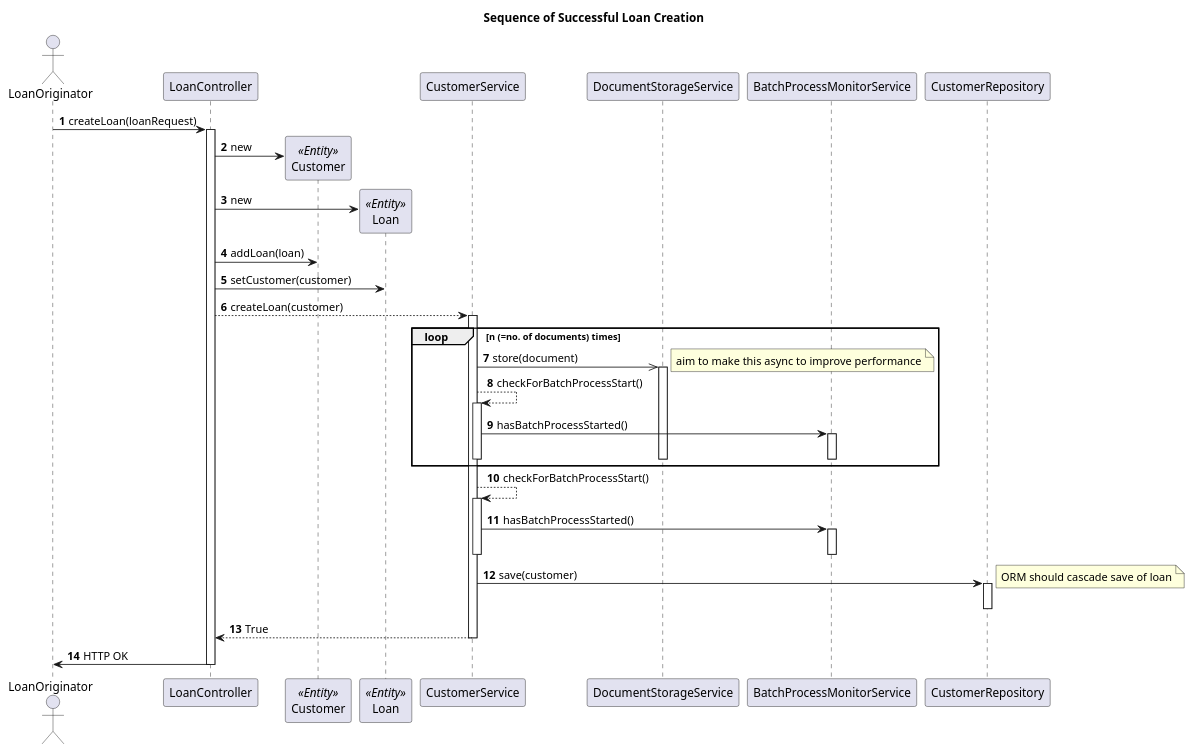
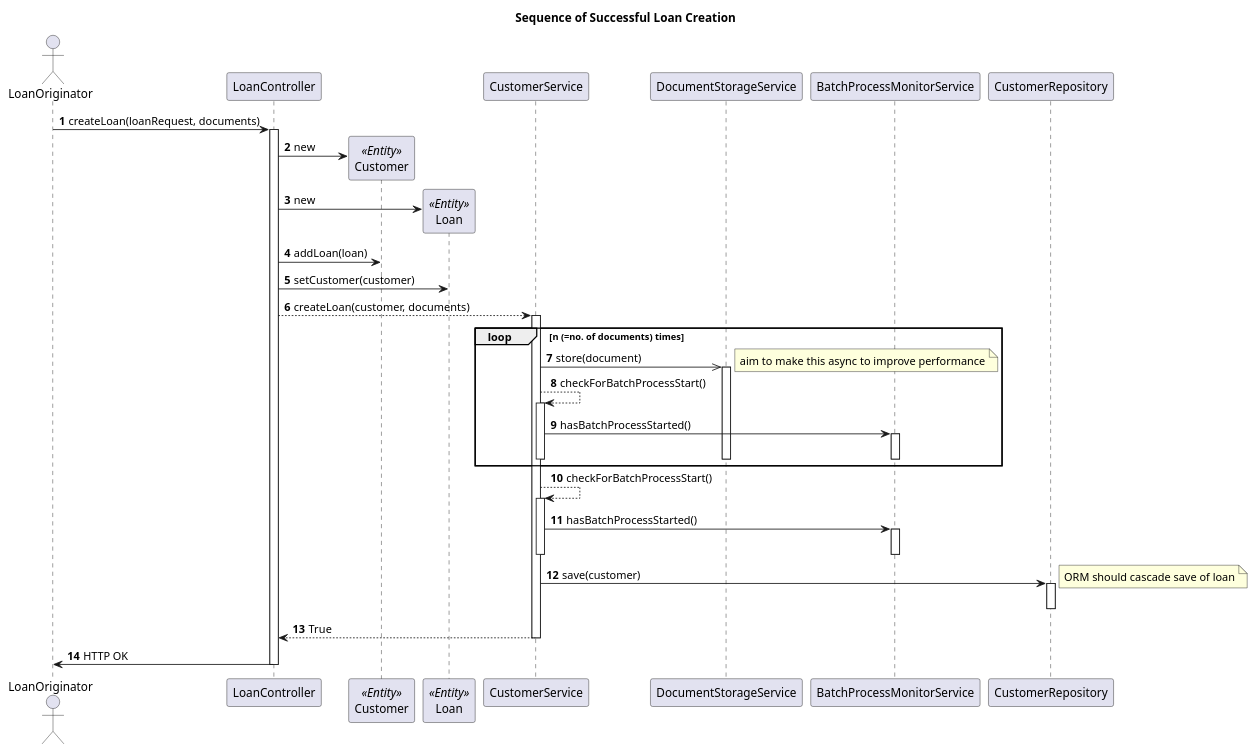
The diagram in Loan Creation Sequence.puml (ronanoconnell/stand-a-loan), drawn with PlantUML before and after one commit. The commit also changed 11 other files, not shown here.

Commit message:
Loan Creation -> uploading supporting documents too

```diff
--- a/Loan Creation Sequence.puml
+++ b/Loan Creation Sequence.puml
@@ -1,44 +1,44 @@
 @startuml
 'https://plantuml.com/sequence-diagram
 
 title Sequence of Successful Loan Creation
 
 autonumber
 actor LoanOriginator
-LoanOriginator -> LoanController: createLoan(loanRequest)
+LoanOriginator -> LoanController: createLoan(loanRequest, documents)
 activate LoanController
 create Customer << Entity >>
 LoanController -> Customer : new
 create Loan << Entity >>
 LoanController -> Loan : new
 LoanController -> Customer : addLoan(loan)
 LoanController -> Loan : setCustomer(customer)
-LoanController --> CustomerService: createLoan(customer)
+LoanController --> CustomerService: createLoan(customer, documents)
 activate CustomerService
 loop n (=no. of documents) times
     CustomerService ->> DocumentStorageService: store(document)
     note right: aim to make this async to improve performance
     activate DocumentStorageService
     CustomerService --> CustomerService: checkForBatchProcessStart()
     activate CustomerService
     CustomerService -> BatchProcessMonitorService: hasBatchProcessStarted()
     activate BatchProcessMonitorService
     deactivate BatchProcessMonitorService
     deactivate CustomerService
     deactivate DocumentStorageService
 end
 CustomerService --> CustomerService: checkForBatchProcessStart()
 activate CustomerService
 CustomerService -> BatchProcessMonitorService: hasBatchProcessStarted()
 activate BatchProcessMonitorService
 deactivate BatchProcessMonitorService
 deactivate CustomerService
 CustomerService -> CustomerRepository: save(customer)
 note right: ORM should cascade save of loan
 activate CustomerRepository
 deactivate CustomerRepository
 LoanController <-- CustomerService: True
 deactivate CustomerService
 LoanOriginator <- LoanController: HTTP OK
 deactivate LoanController
 @enduml
```
